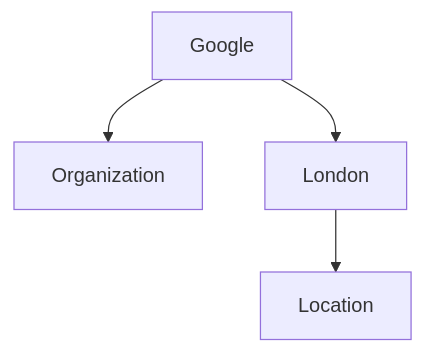
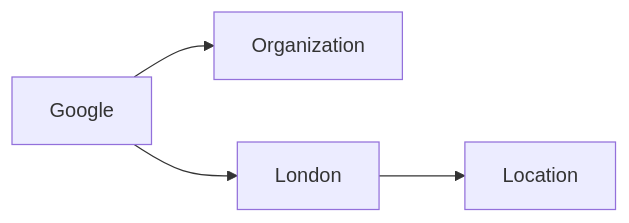
The third of 3 diagrams in docs/topics/1_kind_fundamental_building_block/index.md (ikko/kind), drawn with Mermaid before and after one commit. The commit also changed other lines of this file and 62 other files, not shown here.

````diff
--- a/docs/topics/1_kind_fundamental_building_block/index.md
+++ b/docs/topics/1_kind_fundamental_building_block/index.md
@@ -126,6 +133,6 @@
 ```mermaid
-graph TD
+graph LR
     Google --> Organization
     Google --> London
     London --> Location
 ```
````
